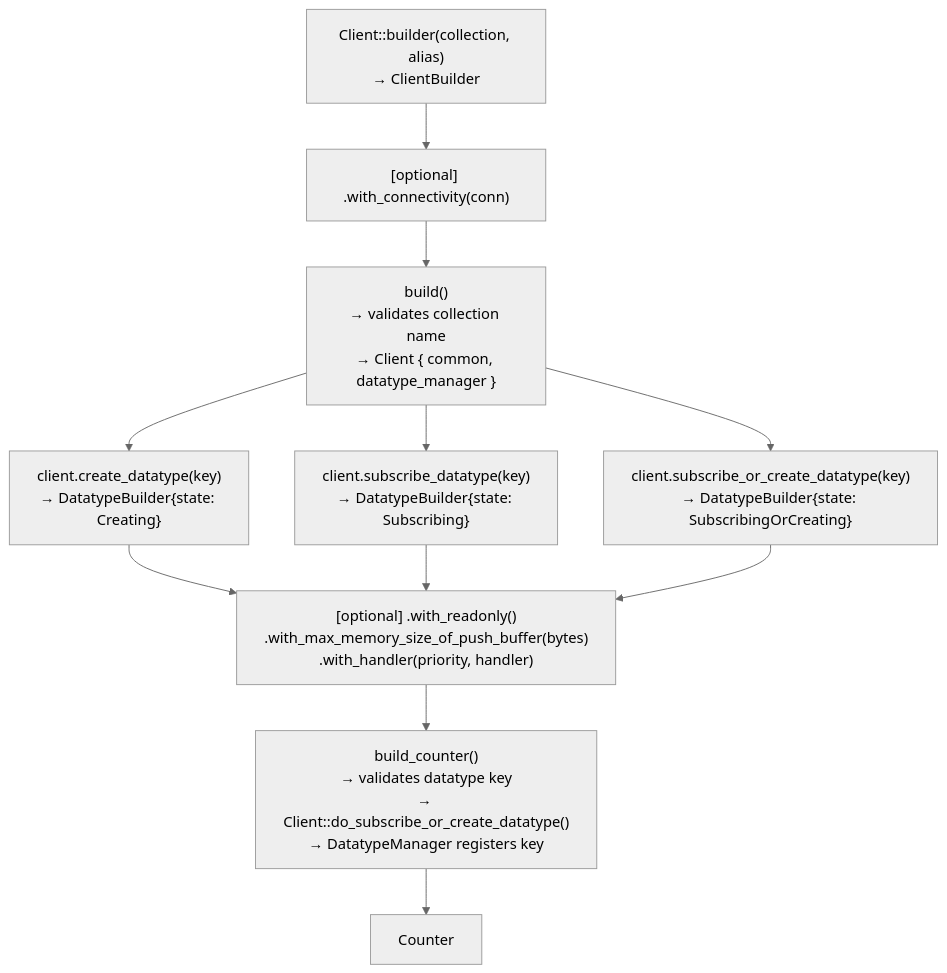
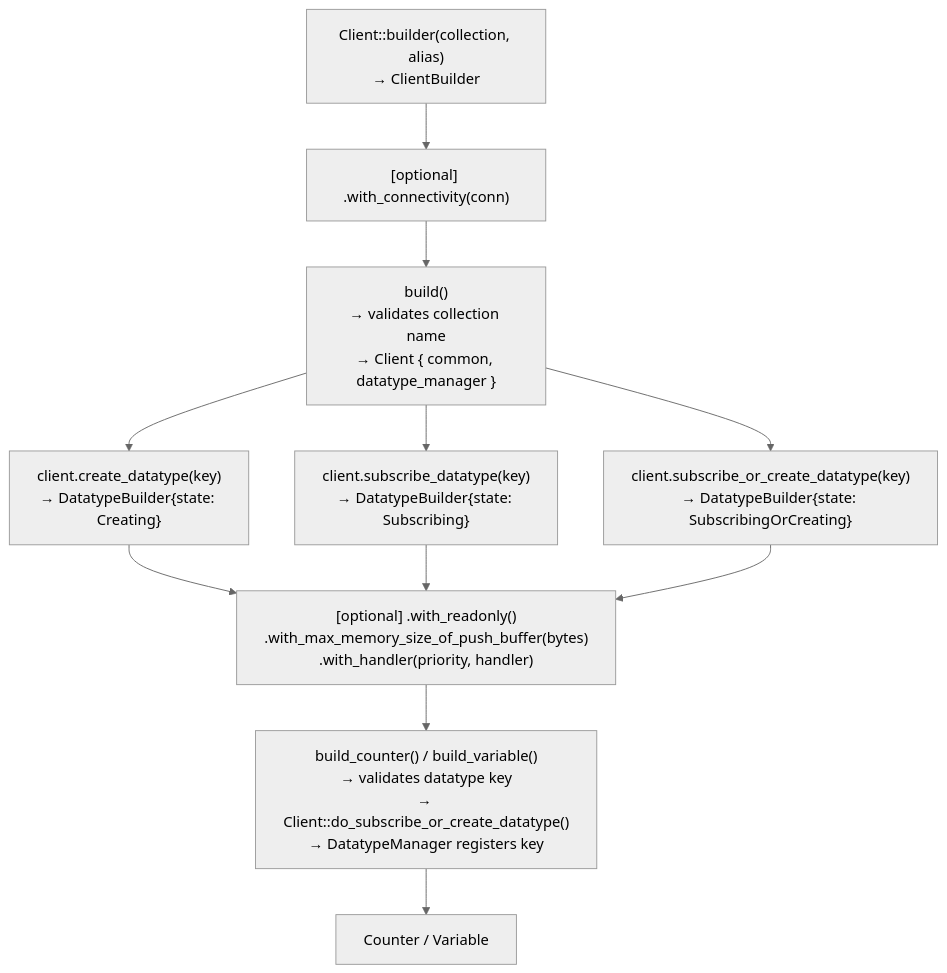
One commit to qortoo/qortoo-rs changed the diagram in docs/client-and-datatype-builder.md. Above: the diagram before and after it, drawn with Mermaid (neutral theme). The commit also changed other lines of this file and 44 other files, not shown here.

First line of the commit message:
🧬feat(datatypes): add the Variable LWW datatype (#51)

````diff
--- a/docs/client-and-datatype-builder.md
+++ b/docs/client-and-datatype-builder.md
@@ -7,18 +7,18 @@
 ```mermaid
 flowchart TD
     CB["Client::builder(collection, alias)\n→ ClientBuilder"]
     WC["[optional] .with_connectivity(conn)"]
     B["build()\n→ validates collection name\n→ Client { common, datatype_manager }"]
     CD["client.create_datatype(key)\n→ DatatypeBuilder{state: Creating}"]
     SD["client.subscribe_datatype(key)\n→ DatatypeBuilder{state: Subscribing}"]
     SC["client.subscribe_or_create_datatype(key)\n→ DatatypeBuilder{state: SubscribingOrCreating}"]
     OPT["[optional] .with_readonly()\n.with_max_memory_size_of_push_buffer(bytes)\n.with_handler(priority, handler)"]
-    BC["build_counter()\n→ validates datatype key\n→ Client::do_subscribe_or_create_datatype()\n→ DatatypeManager registers key"]
-    C["Counter"]
+    BC["build_counter() / build_variable()\n→ validates datatype key\n→ Client::do_subscribe_or_create_datatype()\n→ DatatypeManager registers key"]
+    C["Counter / Variable"]
 
     CB --> WC --> B
     B --> CD --> OPT
     B --> SD --> OPT
     B --> SC --> OPT
     OPT --> BC --> C
 ```
````
